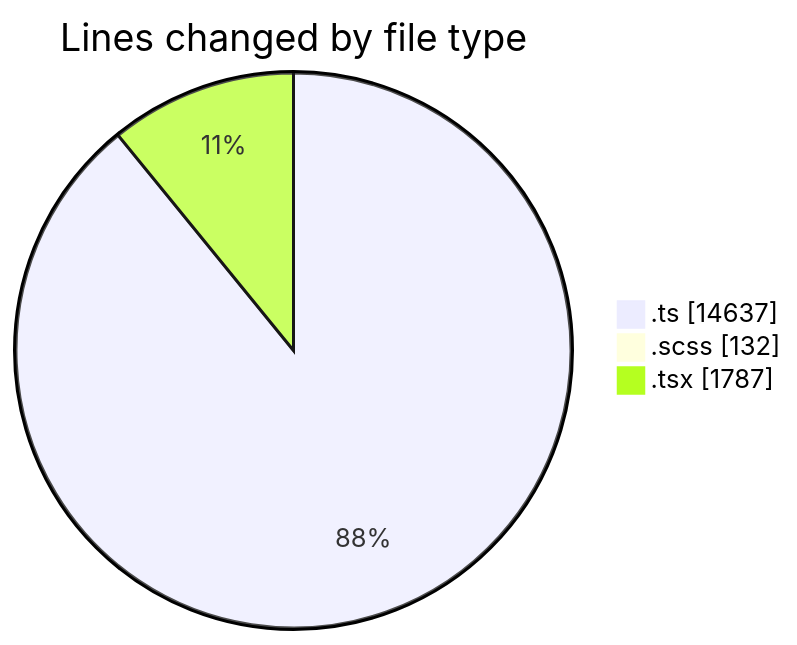
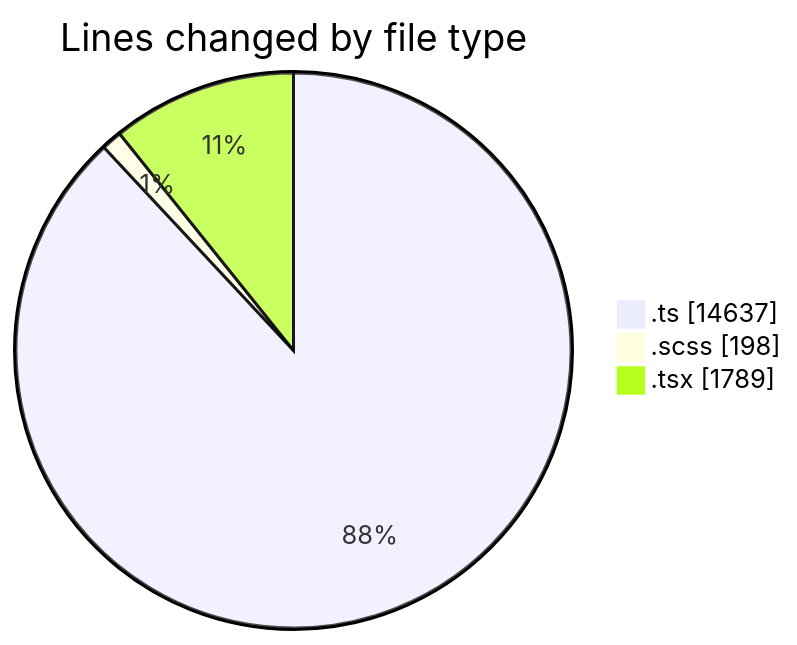
The first of 2 diagrams in 2025-08-27/cda/README.md (momahboobian/code-tracking), drawn with Mermaid before and after one commit. The commit also changed other lines of this file and 1 other file, not shown here.

````diff
--- a/2025-08-27/cda/README.md
+++ b/2025-08-27/cda/README.md
@@ -28,7 +29,7 @@
 ```mermaid
 pie showData
 title Lines changed by file type
 ".ts" : 14637
-".scss" : 132
-".tsx" : 1787
+".scss" : 198
+".tsx" : 1789
 ```
````
